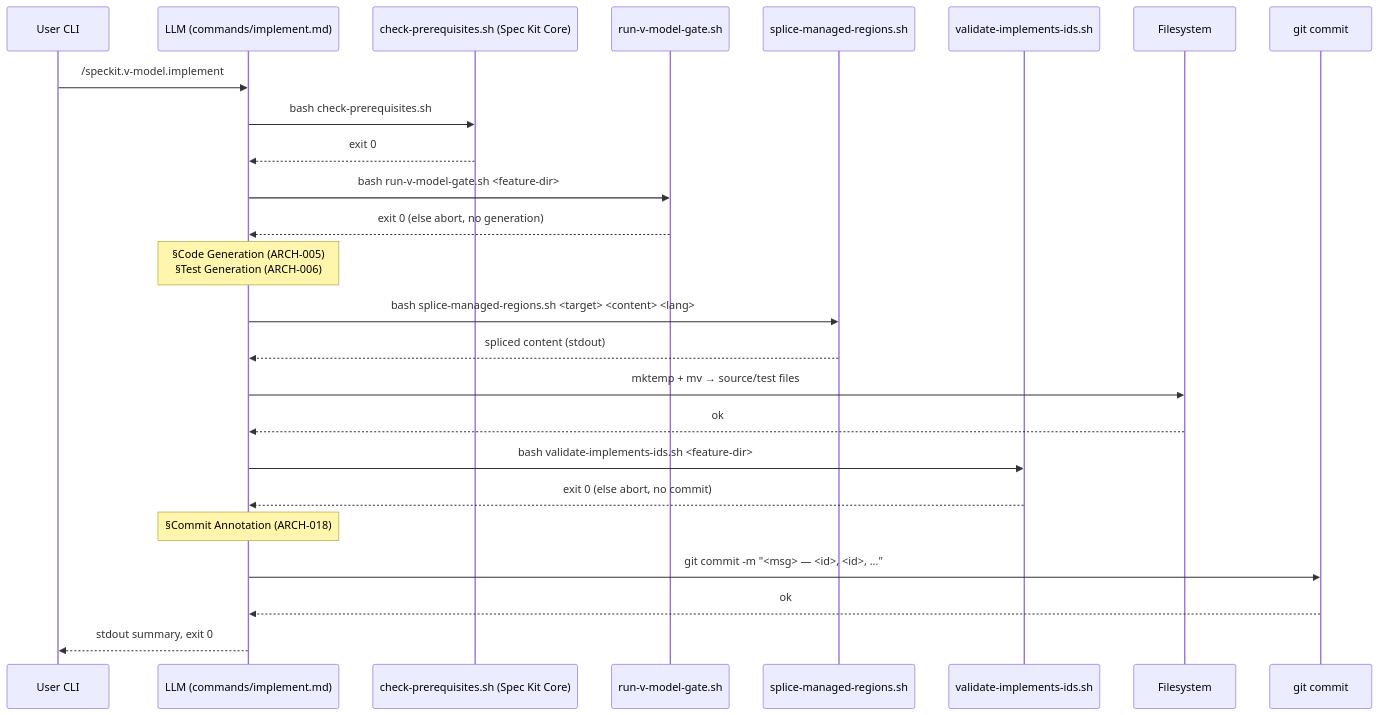
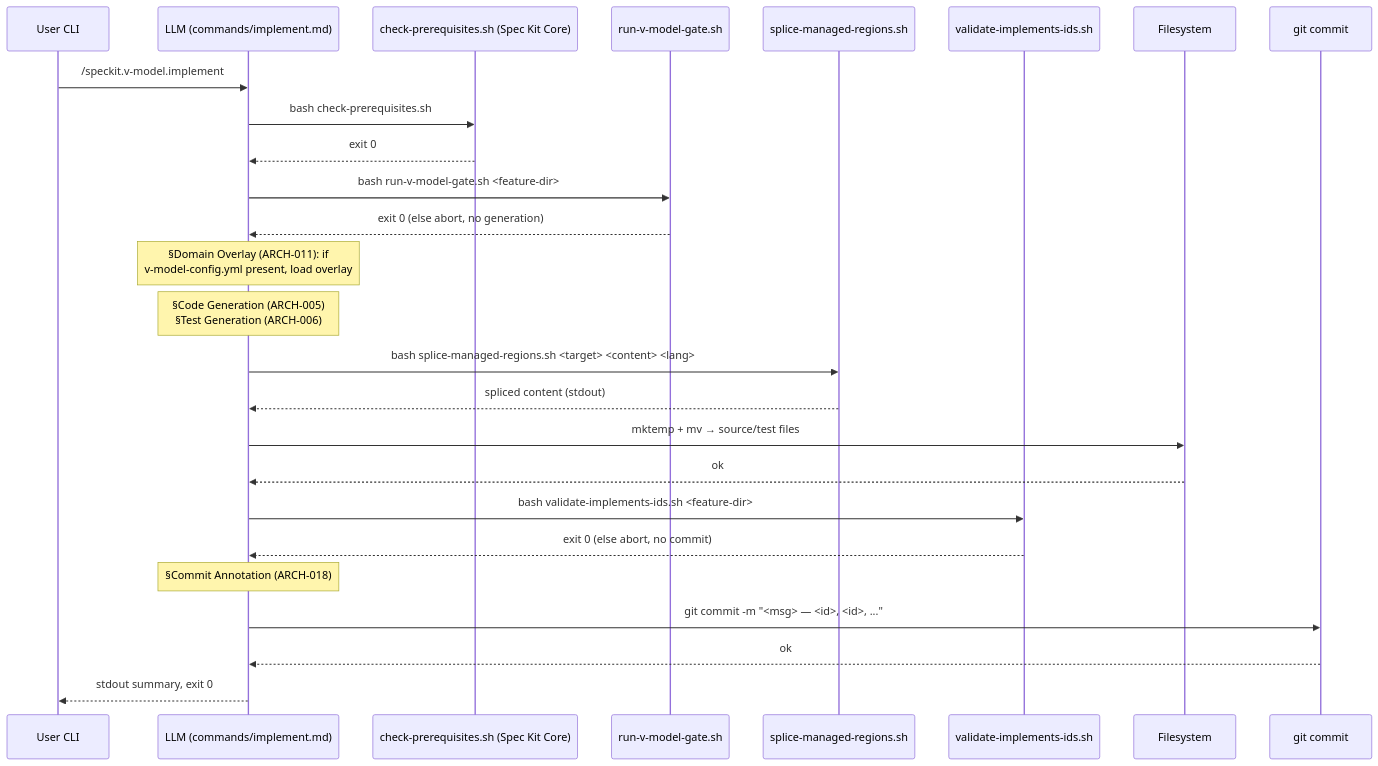
One commit to leocamello/spec-kit-v-model changed the second of 3 diagrams in specs/007-bridge-commands/v-model/architecture-design.md. Above: the diagram before and after it, drawn with Mermaid. The commit also changed other lines of this file and 7 other files, not shown here.

````diff
--- a/specs/007-bridge-commands/v-model/architecture-design.md
+++ b/specs/007-bridge-commands/v-model/architecture-design.md
@@ -165,28 +165,29 @@
 ```mermaid
 sequenceDiagram
     participant CLI as User CLI
     participant LLM as LLM (commands/implement.md)
     participant Pre as check-prerequisites.sh (Spec Kit Core)
     participant Gate as run-v-model-gate.sh
     participant Splice as splice-managed-regions.sh
     participant Guard as validate-implements-ids.sh
     participant FS as Filesystem
     participant Git as git commit
 
     CLI->>LLM: /speckit.v-model.implement
     LLM->>Pre: bash check-prerequisites.sh
     Pre-->>LLM: exit 0
     LLM->>Gate: bash run-v-model-gate.sh <feature-dir>
     Gate-->>LLM: exit 0 (else abort, no generation)
+    Note over LLM: §Domain Overlay (ARCH-011): if<br/>v-model-config.yml present, load overlay
     Note over LLM: §Code Generation (ARCH-005)<br/>§Test Generation (ARCH-006)
     LLM->>Splice: bash splice-managed-regions.sh <target> <content> <lang>
     Splice-->>LLM: spliced content (stdout)
     LLM->>FS: mktemp + mv → source/test files
     FS-->>LLM: ok
     LLM->>Guard: bash validate-implements-ids.sh <feature-dir>
     Guard-->>LLM: exit 0 (else abort, no commit)
     Note over LLM: §Commit Annotation (ARCH-018)
     LLM->>Git: git commit -m "<msg> — <id>, <id>, ..."
     Git-->>LLM: ok
     LLM-->>CLI: stdout summary, exit 0
 ```
````
